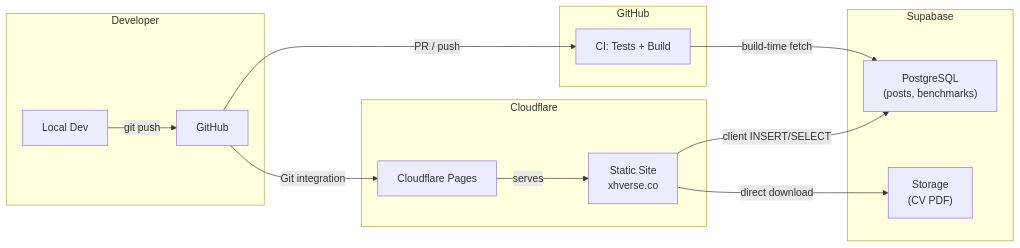
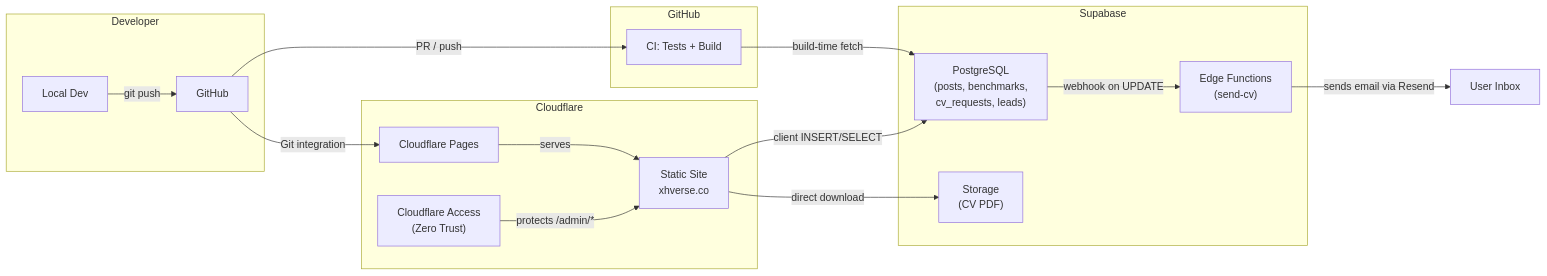
The diagram in docs/architecture.md (devruji/xhverse-site), drawn with Mermaid before and after one commit. The commit also changed other lines of this file and 2 other files, not shown here.

````diff
--- a/docs/architecture.md
+++ b/docs/architecture.md
@@ -5,24 +5,28 @@
 ```mermaid
 graph LR
     subgraph Developer
         A[Local Dev] -->|git push| B[GitHub]
     end
 
     subgraph GitHub
         B -->|PR / push| C[CI: Tests + Build]
     end
 
     subgraph Cloudflare
         B -->|Git integration| D[Cloudflare Pages]
         D -->|serves| E["Static Site<br/>xhverse.co"]
+        F["Cloudflare Access<br/>(Zero Trust)"] -->|protects /admin/*| E
     end
 
     subgraph Supabase
-        F["PostgreSQL<br/>(posts, benchmarks)"]
-        G["Storage<br/>(CV PDF)"]
+        G["PostgreSQL<br/>(posts, benchmarks,<br/>cv_requests, leads)"]
+        H["Storage<br/>(CV PDF)"]
+        I["Edge Functions<br/>(send-cv)"]
     end
 
-    C -->|build-time fetch| F
-    E -->|client INSERT/SELECT| F
-    E -->|direct download| G
+    C -->|build-time fetch| G
+    E -->|client INSERT/SELECT| G
+    E -->|direct download| H
+    G -->|webhook on UPDATE| I
+    I -->|sends email via Resend| J[User Inbox]
 ```
````
